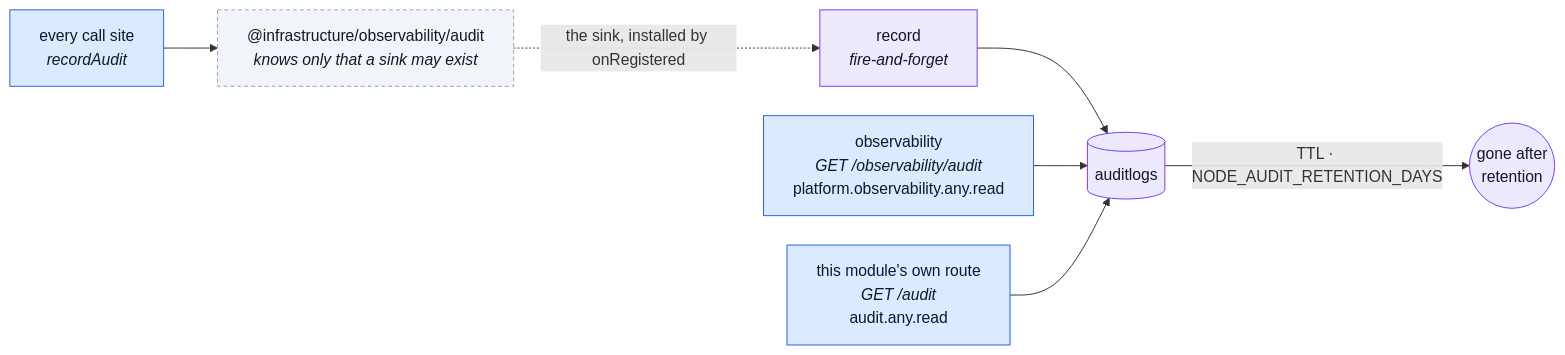
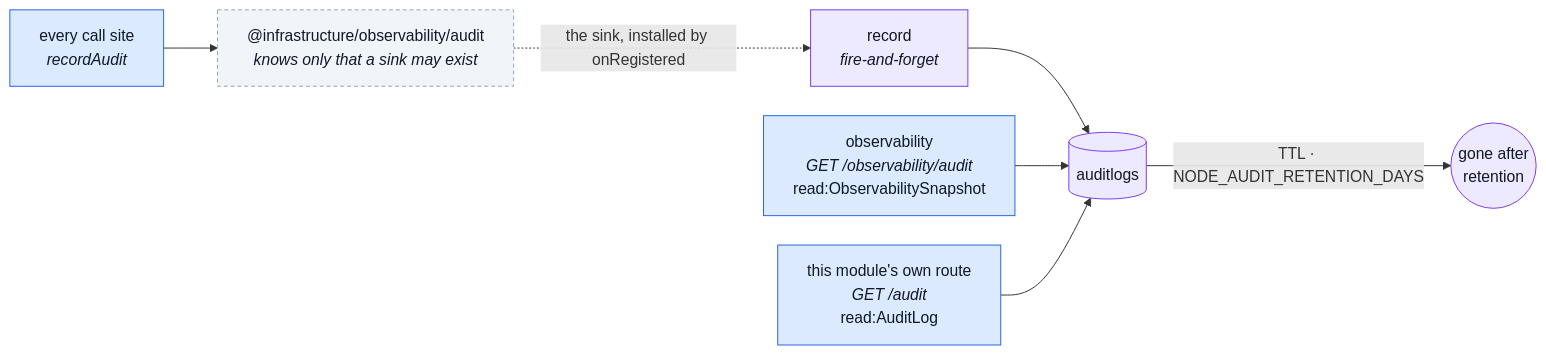
Before and after one commit to Guebbit/boilerplate-node-backend: the second of 2 diagrams in docs/modules/audit-logs.md, drawn with Mermaid. The commit also changed other lines of this file and 231 other files, not shown here.

````diff
--- a/docs/modules/audit-logs.md
+++ b/docs/modules/audit-logs.md
@@ -105,17 +105,17 @@
 ```mermaid
 %%{init: {'flowchart': {'nodeSpacing': 30, 'rankSpacing': 55}}}%%
 flowchart LR
     C["every call site<br/><i>recordAudit</i>"] --> P["@infrastructure/observability/audit<br/><i>knows only that a sink may exist</i>"]
     P -.->|"the sink, installed by onRegistered"| R["record<br/><i>fire-and-forget</i>"]
     R --> M[("auditlogs")]
     M -->|"TTL · NODE_AUDIT_RETENTION_DAYS"| X(("gone after<br/>retention"))
-    O["observability<br/><i>GET /observability/audit</i><br/>platform.observability.any.read"] --> M
-    S["this module's own route<br/><i>GET /audit</i><br/>audit.any.read"] --> M
+    O["observability<br/><i>GET /observability/audit</i><br/>read:ObservabilitySnapshot"] --> M
+    S["this module's own route<br/><i>GET /audit</i><br/>read:AuditLog"] --> M
 
     classDef caller fill:#dbeafe,stroke:#2563eb,color:#111827;
     classDef seam fill:#f1f5f9,stroke:#94a3b8,color:#111827,stroke-dasharray:4 3;
     classDef own fill:#ede9fe,stroke:#7c3aed,color:#111827;
     class C,O,S caller;
     class P seam;
     class R,M,X own;
 ```
````
